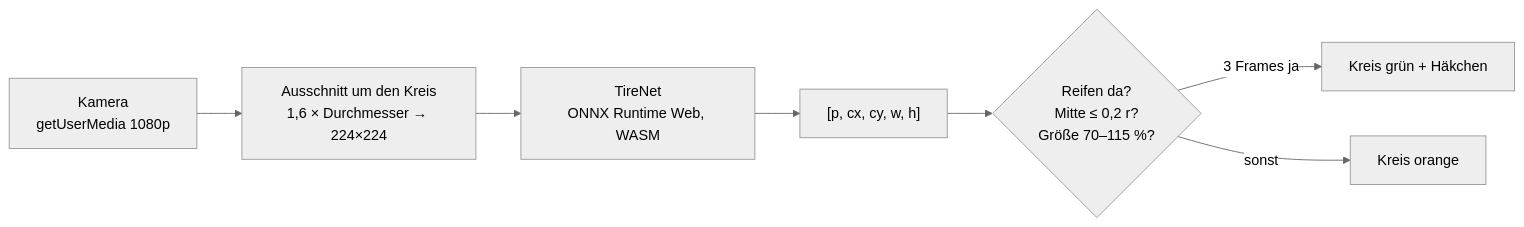
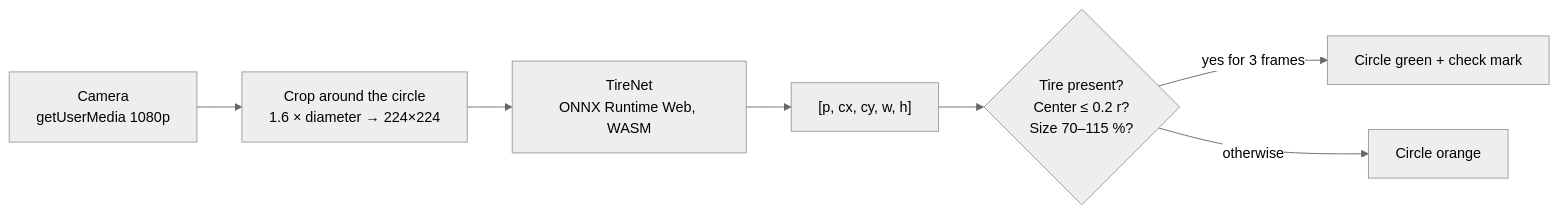
The diagram in README.md (ifahrentholz/tirenet-browser-demo), drawn with Mermaid (neutral theme) before and after one commit. The commit also changed other lines of this file and 1 other file, not shown here.

````diff
--- a/README.md
+++ b/README.md
@@ -240,9 +241,9 @@
 ```mermaid
 flowchart LR
-  A[Kamera<br/>getUserMedia 1080p] --> B[Ausschnitt um den Kreis<br/>1,6 × Durchmesser → 224×224]
+  A[Camera<br/>getUserMedia 1080p] --> B[Crop around the circle<br/>1.6 × diameter → 224×224]
   B --> C[TireNet<br/>ONNX Runtime Web, WASM]
   C --> D["[p, cx, cy, w, h]"]
-  D --> E{Reifen da?<br/>Mitte ≤ 0,2 r?<br/>Größe 70–115 %?}
-  E -- 3 Frames ja --> F[Kreis grün + Häkchen]
-  E -- sonst --> G[Kreis orange]
+  D --> E{Tire present?<br/>Center ≤ 0.2 r?<br/>Size 70–115 %?}
+  E -- yes for 3 frames --> F[Circle green + check mark]
+  E -- otherwise --> G[Circle orange]
 ```
````
